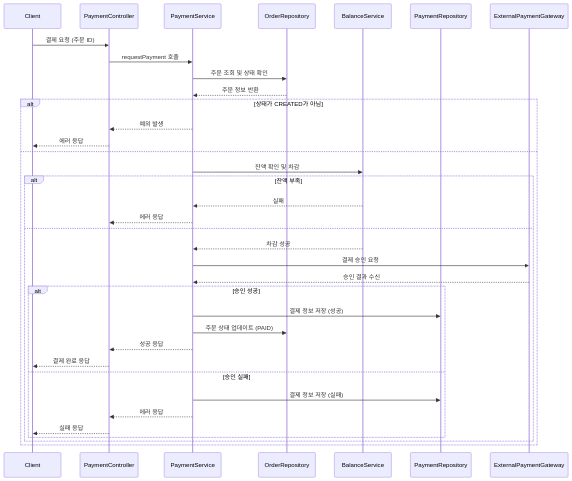
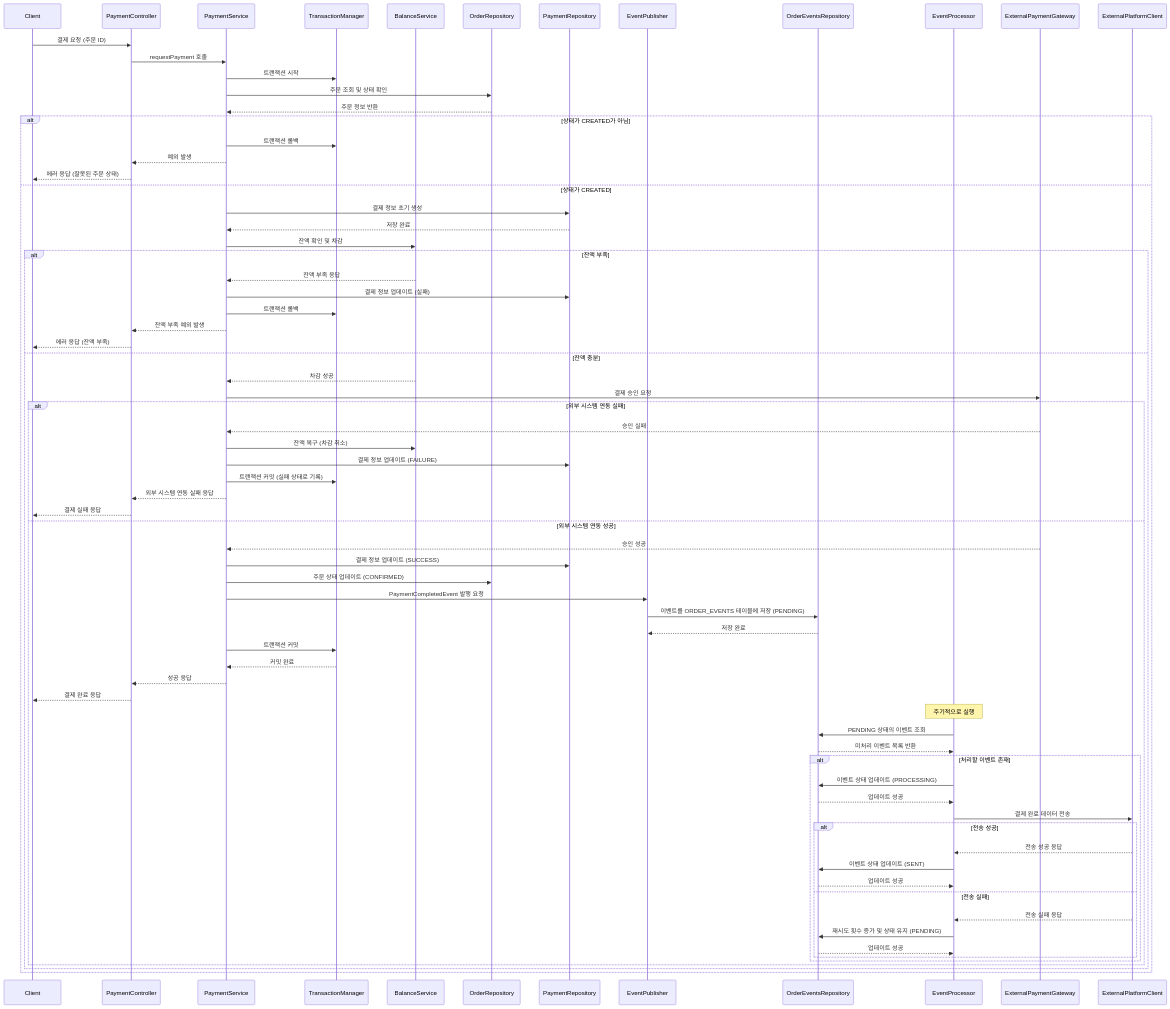
One commit to thedev-junyoung/hanghae-plus-2wd changed the diagram in docs/sequence-diagram/결제 요청.md. Above: the diagram before and after it, drawn with Mermaid. The commit also changed 11 other files, not shown here.

````diff
--- a/docs/sequence-diagram/결제 요청.md
+++ b/docs/sequence-diagram/결제 요청.md
@@ -4,41 +4,102 @@
     participant Client
     participant PaymentController
     participant PaymentService
+    participant TransactionManager
+    participant BalanceService
     participant OrderRepository
-    participant BalanceService
     participant PaymentRepository
+    participant EventPublisher
+    participant OrderEventsRepository
+    participant EventProcessor
     participant ExternalPaymentGateway
+    participant ExternalPlatformClient
 
     Client->>PaymentController: 결제 요청 (주문 ID)
     PaymentController->>PaymentService: requestPayment 호출
 
+%% 트랜잭션 시작
+    PaymentService->>TransactionManager: 트랜잭션 시작
+
+%% 주문 조회 및 상태 확인
     PaymentService->>OrderRepository: 주문 조회 및 상태 확인
     OrderRepository-->>PaymentService: 주문 정보 반환
 
     alt 상태가 CREATED가 아님
+        PaymentService->>TransactionManager: 트랜잭션 롤백
         PaymentService-->>PaymentController: 예외 발생
-        PaymentController-->>Client: 에러 응답
-    else
+        PaymentController-->>Client: 에러 응답 (잘못된 주문 상태)
+    else 상태가 CREATED
+    %% 결제 정보 초기 생성 (INITIATED 상태)
+        PaymentService->>PaymentRepository: 결제 정보 초기 생성
+        PaymentRepository-->>PaymentService: 저장 완료
+
+    %% 잔액 확인 및 차감
         PaymentService->>BalanceService: 잔액 확인 및 차감
+
         alt 잔액 부족
-            BalanceService-->>PaymentService: 실패
-            PaymentService-->>PaymentController: 에러 응답
-        else
+            BalanceService-->>PaymentService: 잔액 부족 응답
+            PaymentService->>PaymentRepository: 결제 정보 업데이트 (실패)
+            PaymentService->>TransactionManager: 트랜잭션 롤백
+            PaymentService-->>PaymentController: 잔액 부족 예외 발생
+            PaymentController-->>Client: 에러 응답 (잔액 부족)
+        else 잔액 충분
             BalanceService-->>PaymentService: 차감 성공
+
+        %% 외부 결제 시스템 연동
             PaymentService->>ExternalPaymentGateway: 결제 승인 요청
-            ExternalPaymentGateway-->>PaymentService: 승인 결과 수신
 
-            alt 승인 성공
-                PaymentService->>PaymentRepository: 결제 정보 저장 (성공)
-                PaymentService->>OrderRepository: 주문 상태 업데이트 (PAID)
+            alt 외부 시스템 연동 실패
+                ExternalPaymentGateway-->>PaymentService: 승인 실패
+
+            %% 잔액 복구
+                PaymentService->>BalanceService: 잔액 복구 (차감 취소)
+                PaymentService->>PaymentRepository: 결제 정보 업데이트 (FAILURE)
+                PaymentService->>TransactionManager: 트랜잭션 커밋 (실패 상태로 기록)
+                PaymentService-->>PaymentController: 외부 시스템 연동 실패 응답
+                PaymentController-->>Client: 결제 실패 응답
+            else 외부 시스템 연동 성공
+                ExternalPaymentGateway-->>PaymentService: 승인 성공
+
+            %% 결제 정보 최종 업데이트
+                PaymentService->>PaymentRepository: 결제 정보 업데이트 (SUCCESS)
+                PaymentService->>OrderRepository: 주문 상태 업데이트 (CONFIRMED)
+
+            %% 트랜잭셔널 아웃박스 패턴 - 이벤트 저장
+                PaymentService->>EventPublisher: PaymentCompletedEvent 발행 요청
+                EventPublisher->>OrderEventsRepository: 이벤트를 ORDER_EVENTS 테이블에 저장 (PENDING)
+                OrderEventsRepository-->>EventPublisher: 저장 완료
+
+            %% 트랜잭션 커밋 - 결제 정보와 이벤트가 함께 커밋됨
+                PaymentService->>TransactionManager: 트랜잭션 커밋
+                TransactionManager-->>PaymentService: 커밋 완료
+
                 PaymentService-->>PaymentController: 성공 응답
                 PaymentController-->>Client: 결제 완료 응답
-            else 승인 실패
-                PaymentService->>PaymentRepository: 결제 정보 저장 (실패)
-                PaymentService-->>PaymentController: 에러 응답
-                PaymentController-->>Client: 실패 응답
+
+            %% --- 비동기 이벤트 처리 (별도 쓰레드/프로세스) ---
+                Note over EventProcessor: 주기적으로 실행
+
+                EventProcessor->>OrderEventsRepository: PENDING 상태의 이벤트 조회
+                OrderEventsRepository-->>EventProcessor: 미처리 이벤트 목록 반환
+
+                alt 처리할 이벤트 존재
+                    EventProcessor->>OrderEventsRepository: 이벤트 상태 업데이트 (PROCESSING)
+                    OrderEventsRepository-->>EventProcessor: 업데이트 성공
+
+                %% 데이터 플랫폼으로 결제 완료 데이터 전송
+                    EventProcessor->>ExternalPlatformClient: 결제 완료 데이터 전송
+
+                    alt 전송 성공
+                        ExternalPlatformClient-->>EventProcessor: 전송 성공 응답
+                        EventProcessor->>OrderEventsRepository: 이벤트 상태 업데이트 (SENT)
+                        OrderEventsRepository-->>EventProcessor: 업데이트 성공
+                    else 전송 실패
+                        ExternalPlatformClient-->>EventProcessor: 전송 실패 응답
+                        EventProcessor->>OrderEventsRepository: 재시도 횟수 증가 및 상태 유지 (PENDING)
+                        OrderEventsRepository-->>EventProcessor: 업데이트 성공
+                    end
+                end
             end
         end
     end
-
 ```
````
